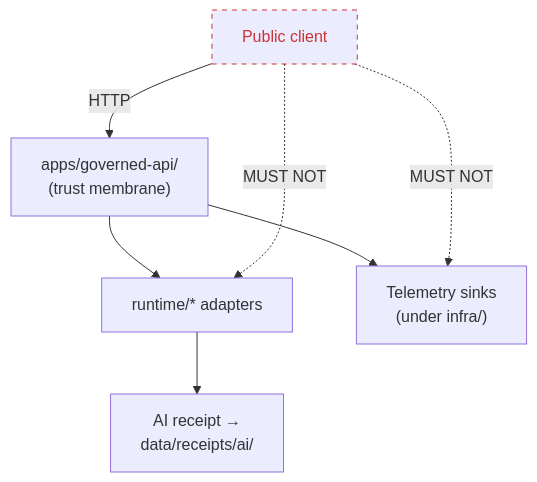
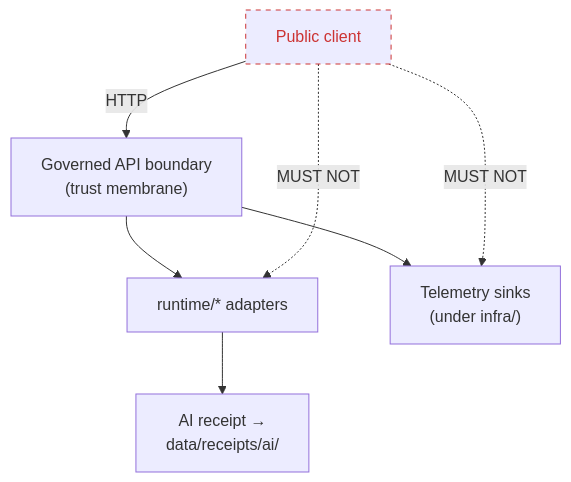
One commit to bartytime4life/Kansas-Frontier-Matrix changed the second of 2 diagrams in docs/adr/ADR-0016-telemetry-redaction-posture.md. Above: the diagram before and after it, drawn with Mermaid. The commit also changed other lines of this file, not shown here.

````diff
--- a/docs/adr/ADR-0016-telemetry-redaction-posture.md
+++ b/docs/adr/ADR-0016-telemetry-redaction-posture.md
@@ -272,11 +316,11 @@
 ```mermaid
 flowchart TB
-  CLIENT["Public client"] -->|HTTP| API["apps/governed-api/<br/>(trust membrane)"]
+  CLIENT["Public client"] -->|HTTP| API["Governed API boundary<br/>(trust membrane)"]
   API --> RUNT["runtime/* adapters"]
-  RUNT --> AIRX["AI receipt &rarr;<br/>data/receipts/ai/"]
+  RUNT --> AIRX["AI receipt →<br/>data/receipts/ai/"]
   API --> LOGS["Telemetry sinks<br/>(under infra/)"]
   CLIENT -.->|MUST NOT| LOGS
   CLIENT -.->|MUST NOT| RUNT
   classDef forbidden stroke:#c33,stroke-dasharray: 5 5,color:#c33
   class CLIENT forbidden
 ```
````
